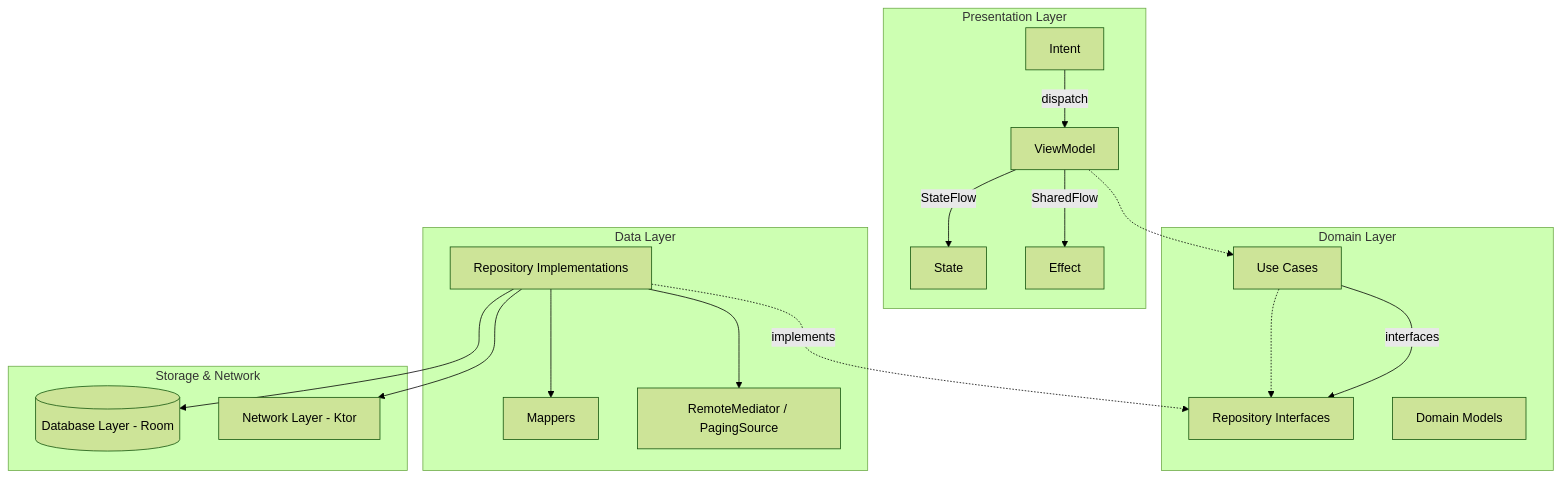
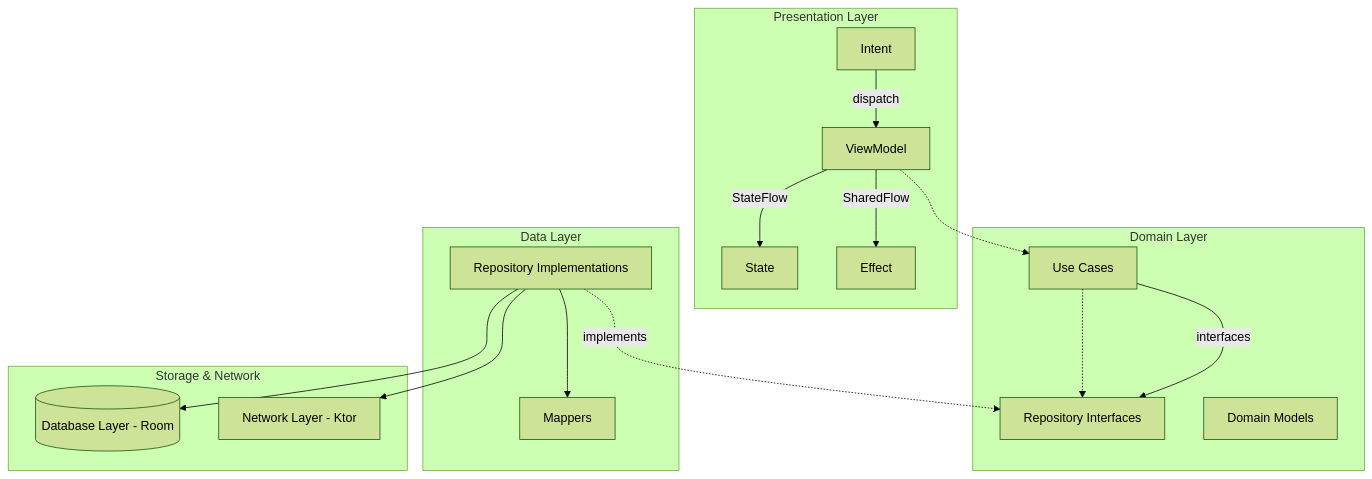
One commit to rhonyabdullah/iExpense changed the diagram in README.md. Above: the diagram before and after it, drawn with Mermaid (forest theme). The commit also changed other lines of this file, not shown here.

````diff
--- a/README.md
+++ b/README.md
@@ -19,31 +32,29 @@
 ```mermaid
 graph TD
     subgraph "Presentation Layer"
         VM[ViewModel] -->|StateFlow| S[State]
         I[Intent] -->|dispatch| VM
         VM -->|SharedFlow| E[Effect]
     end
 
     subgraph "Domain Layer"
         UC[Use Cases] -->|interfaces| RI[Repository Interfaces]
         DM[Domain Models]
     end
 
     subgraph "Data Layer"
         RI_Impl[Repository Implementations] -.->|implements| RI
         M[Mappers]
-        RM[RemoteMediator / PagingSource]
     end
 
     subgraph "Storage & Network"
         DB[(Database Layer - Room)]
         NET[Network Layer - Ktor]
     end
 
     VM -.-> UC
     UC -.-> RI
     RI_Impl --> M
-    RI_Impl --> RM
     RI_Impl --> DB
     RI_Impl --> NET
 ```
````
